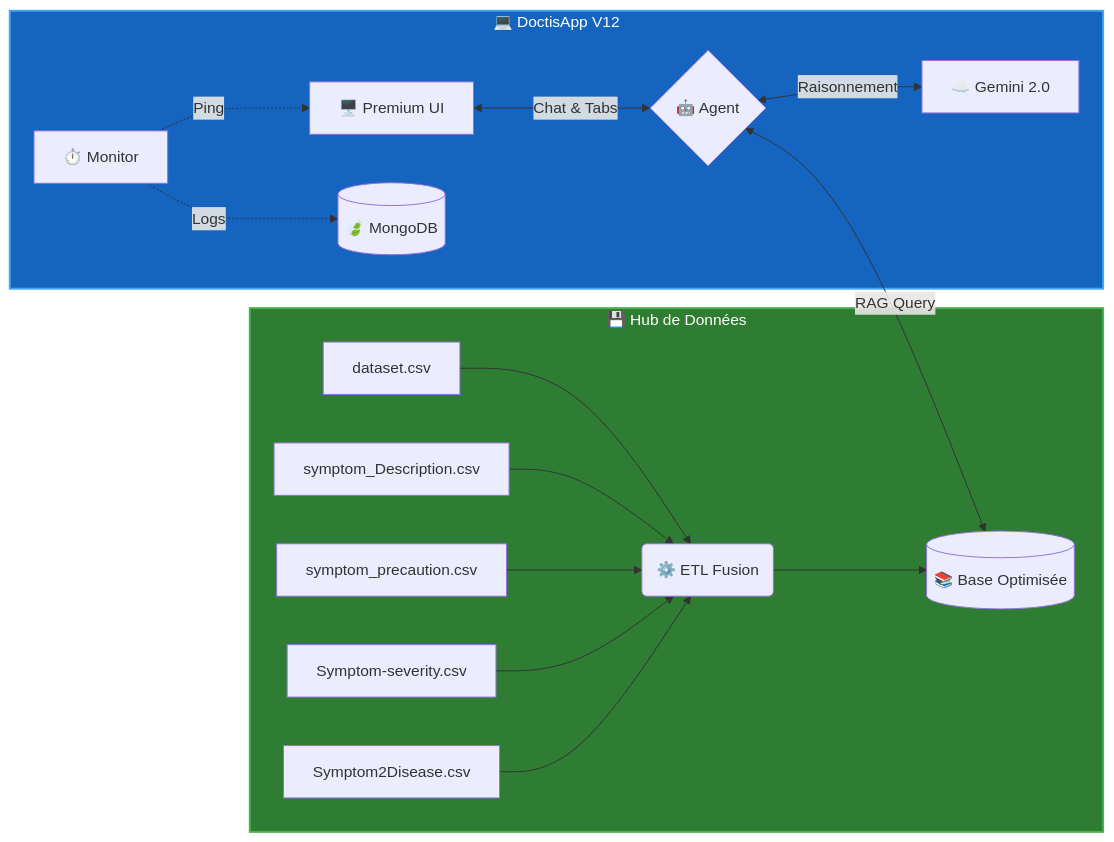
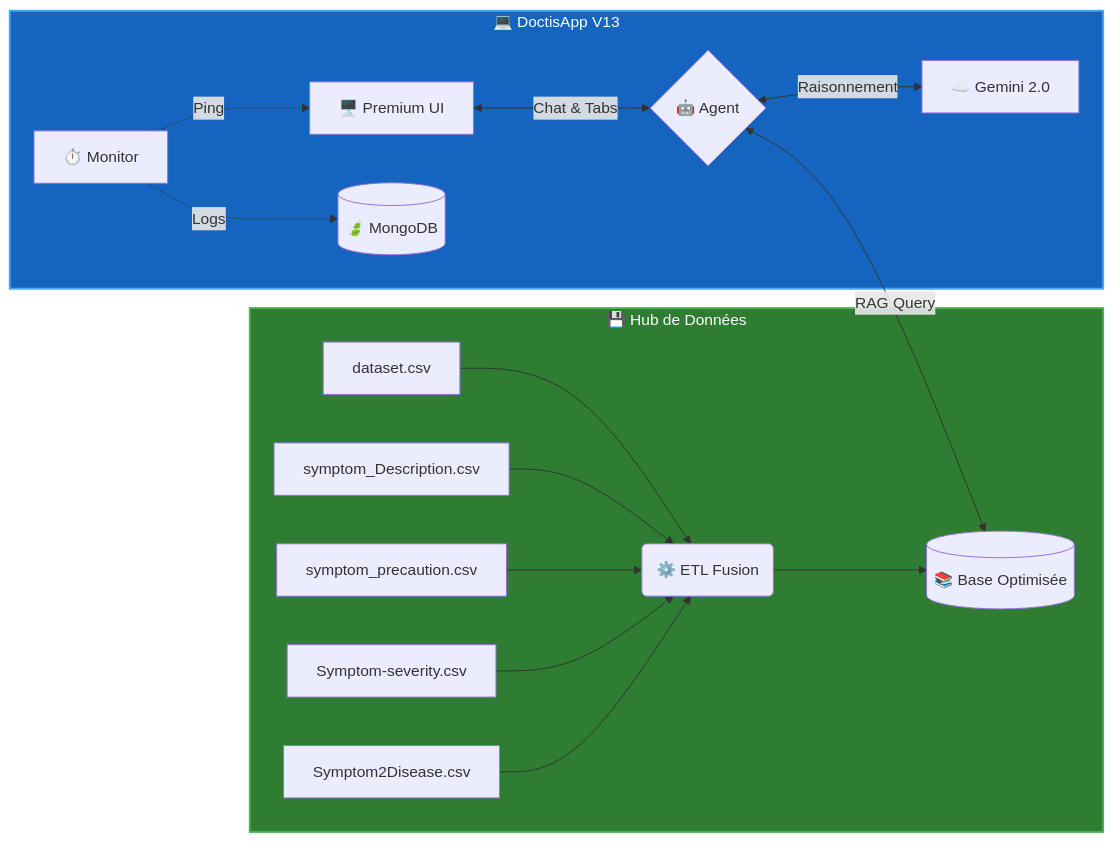
One commit to Adam-Blf/Projet-IA-Generative-Doctis-AI-mo changed the first of 2 diagrams in README.md. Above: the diagram before and after it, drawn with Mermaid. The commit also changed other lines of this file, not shown here.

````diff
--- a/README.md
+++ b/README.md
@@ -69,19 +69,19 @@
 ```mermaid
 graph LR
     subgraph Data [💾 Hub de Données]
         D1[dataset.csv] & D2[symptom_Description.csv] & D3[symptom_precaution.csv] --> ETL(⚙️ ETL Fusion);
         D4[Symptom-severity.csv] & D5[Symptom2Disease.csv] --> ETL;
         ETL --> KB[(📚 Base Optimisée)];
     end
 
-    subgraph App [💻 DoctisApp V12]
+    subgraph App [💻 DoctisApp V13]
         UI[🖥️ Premium UI] <-->|Chat & Tabs| A{🤖 Agent};
         A <-->|Raisonnement| G[☁️ Gemini 2.0];
         A <-->|RAG Query| KB;
         M[⏱️ Monitor] -.->|Ping| UI;
         M -.->|Logs| DB[(🍃 MongoDB)];
     end
     
     style Data fill:#2e7d32,stroke:#4caf50,stroke-width:2px,color:#fff
     style App fill:#1565c0,stroke:#42a5f5,stroke-width:2px,color:#fff
 ```
````
